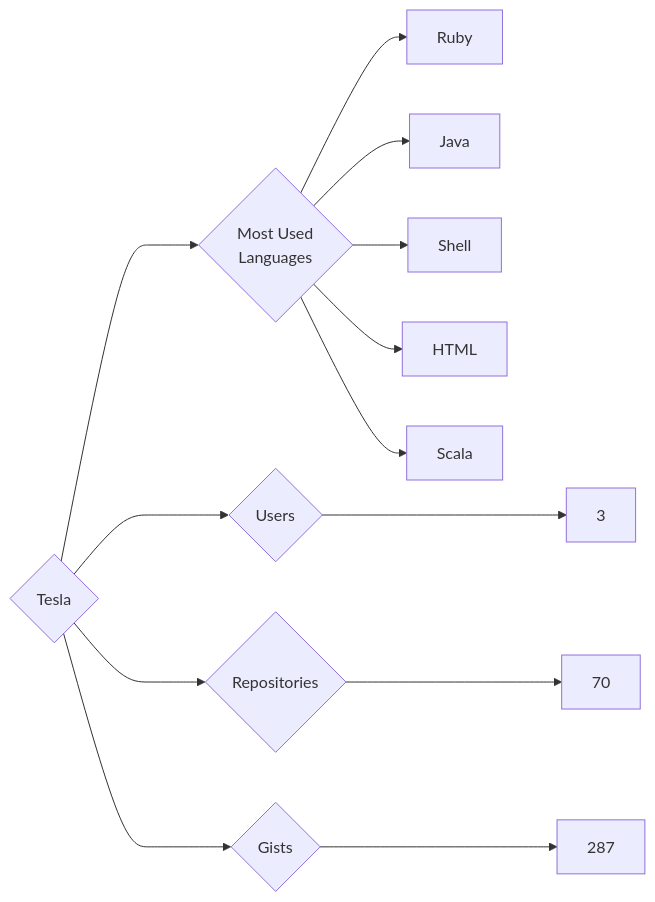
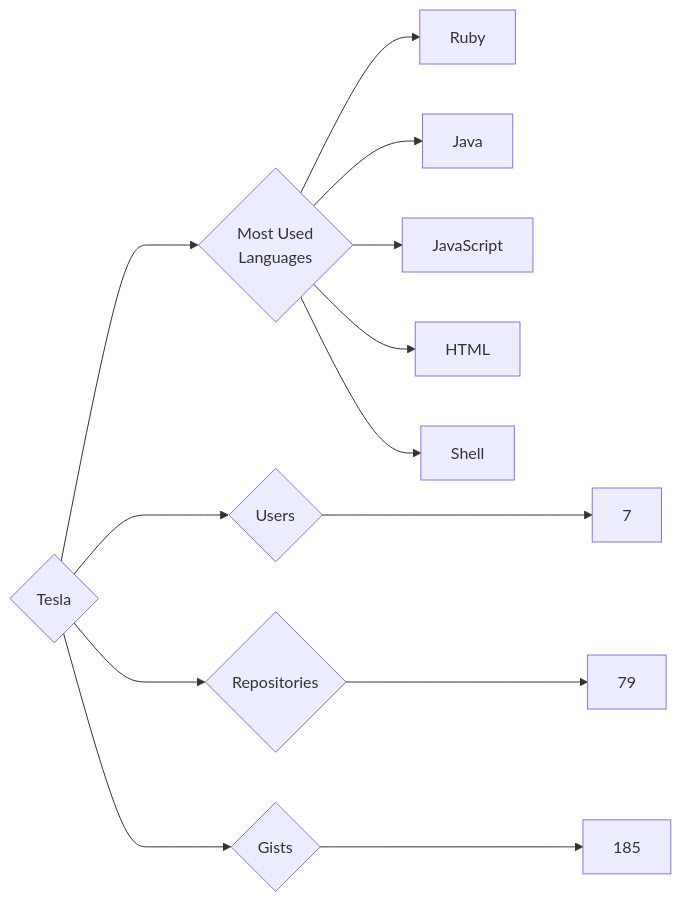
Before and after one commit to trickest/insiders: the diagram in targets/Tesla/README.md, drawn with Mermaid. The commit also changed 898 other files, not shown here.

````diff
--- a/targets/Tesla/README.md
+++ b/targets/Tesla/README.md
@@ -3,13 +3,13 @@
 ```mermaid
 graph LR
 COMPANY_NAME{Tesla}
-COMPANY_NAME ---> U{Users} ---> UN[3]
-COMPANY_NAME ---> R{Repositories} ---> RN[70]
-COMPANY_NAME ---> G{Gists} ---> GN[287]
+COMPANY_NAME ---> U{Users} ---> UN[7]
+COMPANY_NAME ---> R{Repositories} ---> RN[79]
+COMPANY_NAME ---> G{Gists} ---> GN[185]
 COMPANY_NAME ---> ML{Most Used<br>Languages}
 ML --> Ruby[Ruby]
 ML --> Java[Java]
+ML --> JavaScript[JavaScript]
+ML --> HTML[HTML]
 ML --> Shell[Shell]
-ML --> HTML[HTML]
-ML --> Scala[Scala]
 ```
````
